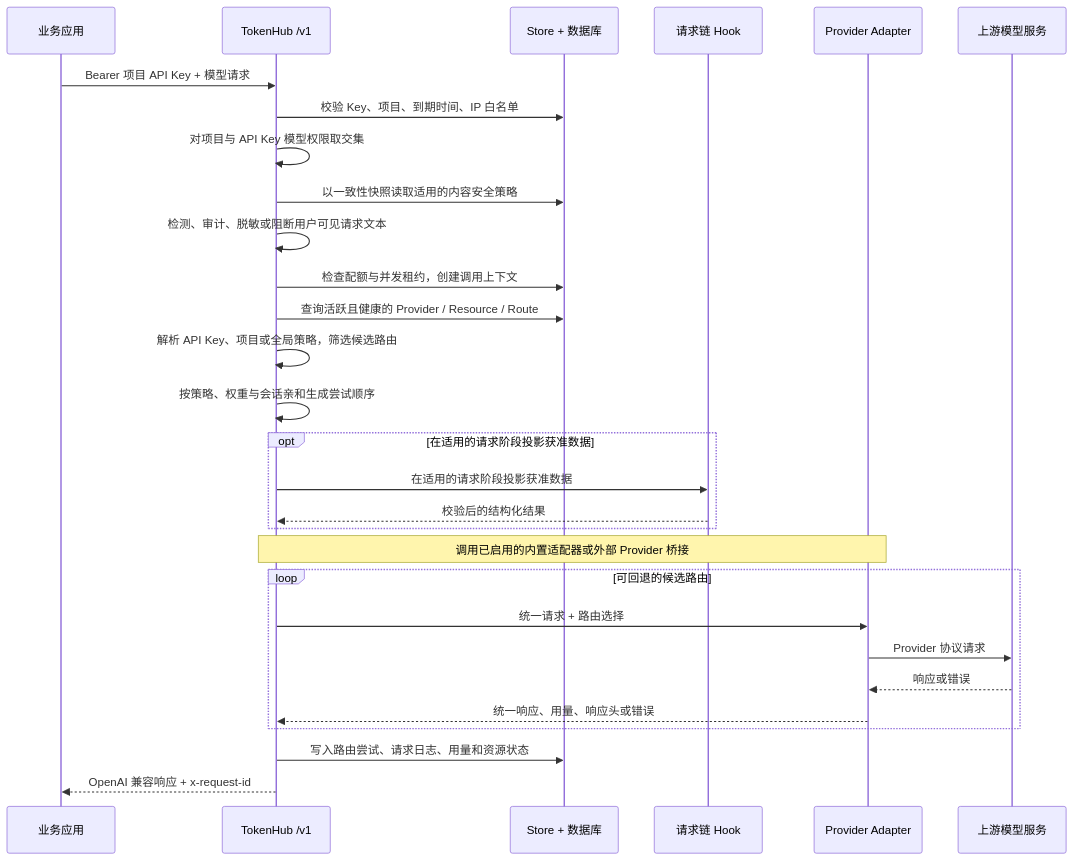
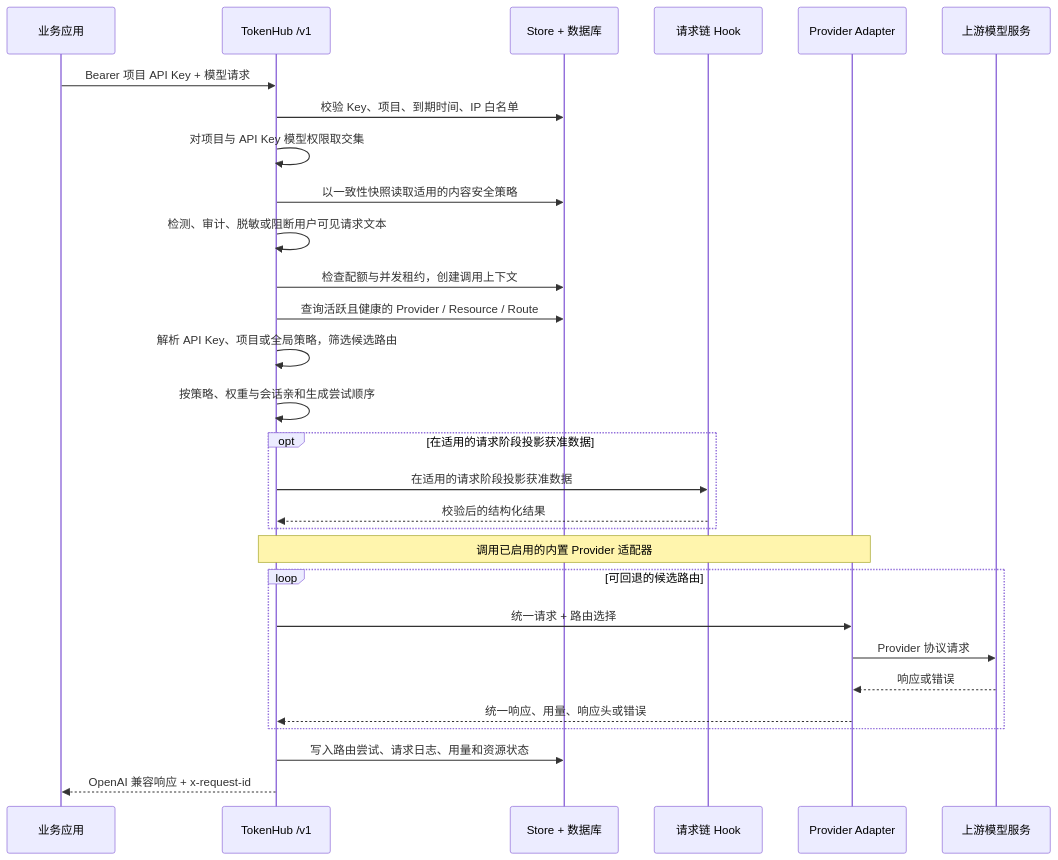
One commit to FaustMont/TokenHub changed the third of 3 diagrams in docs/zh-CN/architecture.md. Above: the diagram before and after it, drawn with Mermaid. The commit also changed other lines of this file and 34 other files, not shown here.

````diff
--- a/docs/zh-CN/architecture.md
+++ b/docs/zh-CN/architecture.md
@@ -165,32 +160,32 @@
 ```mermaid
 sequenceDiagram
     participant C as 业务应用
     participant G as TokenHub /v1
     participant S as Store + 数据库
     participant H as 请求链 Hook
     participant A as Provider Adapter
     participant U as 上游模型服务
 
     C->>G: Bearer 项目 API Key + 模型请求
     G->>S: 校验 Key、项目、到期时间、IP 白名单
     G->>G: 对项目与 API Key 模型权限取交集
     G->>S: 以一致性快照读取适用的内容安全策略
     G->>G: 检测、审计、脱敏或阻断用户可见请求文本
     G->>S: 检查配额与并发租约，创建调用上下文
     G->>S: 查询活跃且健康的 Provider / Resource / Route
     G->>G: 解析 API Key、项目或全局策略，筛选候选路由
     G->>G: 按策略、权重与会话亲和生成尝试顺序
     opt 在适用的请求阶段投影获准数据
         G->>H: 在适用的请求阶段投影获准数据
         H-->>G: 校验后的结构化结果
     end
-    Note over G,A: 调用已启用的内置适配器或外部 Provider 桥接
+    Note over G,A: 调用已启用的内置 Provider 适配器
     loop 可回退的候选路由
         G->>A: 统一请求 + 路由选择
         A->>U: Provider 协议请求
         U-->>A: 响应或错误
         A-->>G: 统一响应、用量、响应头或错误
     end
     G->>S: 写入路由尝试、请求日志、用量和资源状态
     G-->>C: OpenAI 兼容响应 + x-request-id
 ```
````
